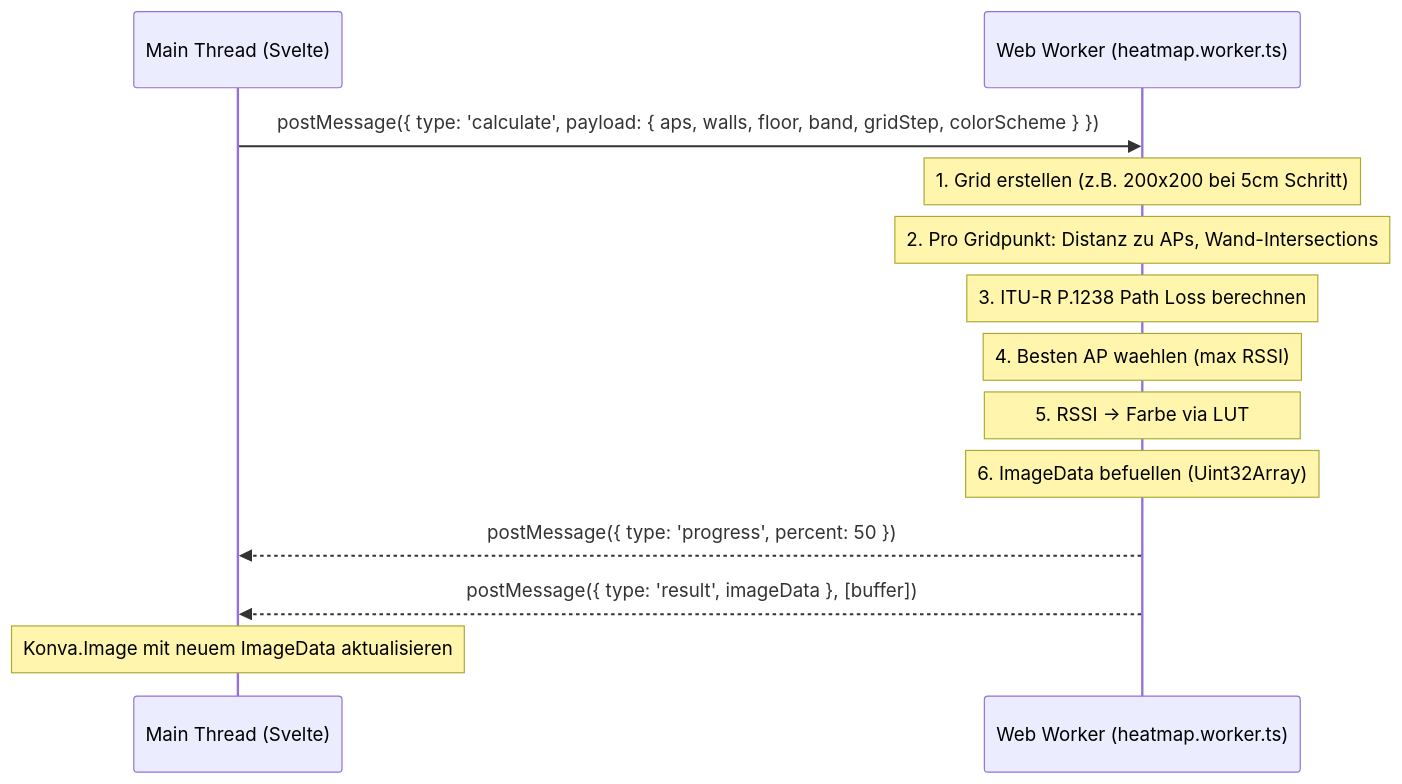
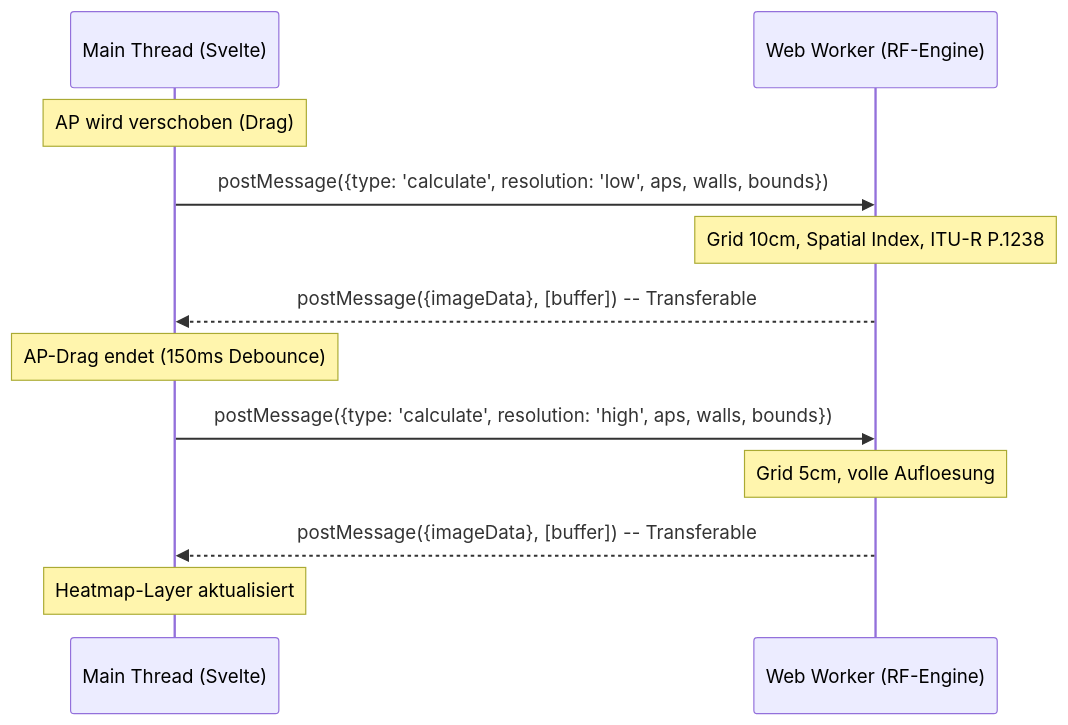
The fifth of 15 diagrams in docs/architecture/Architektur.md (8chM/wlan-optimizer), drawn with Mermaid before and after one commit. The commit also changed other lines of this file and 90 other files, not shown here.

````diff
--- a/docs/architecture/Architektur.md
+++ b/docs/architecture/Architektur.md
@@ -279,16 +335,17 @@
 ```mermaid
 sequenceDiagram
     participant UI as Main Thread (Svelte)
-    participant W as Web Worker (heatmap.worker.ts)
+    participant W as Web Worker (RF-Engine)
 
-    UI->>W: postMessage({ type: 'calculate', payload: { aps, walls, floor, band, gridStep, colorScheme } })
-    Note over W: 1. Grid erstellen (z.B. 200x200 bei 5cm Schritt)
-    Note over W: 2. Pro Gridpunkt: Distanz zu APs, Wand-Intersections
-    Note over W: 3. ITU-R P.1238 Path Loss berechnen
-    Note over W: 4. Besten AP waehlen (max RSSI)
-    Note over W: 5. RSSI -> Farbe via LUT
-    Note over W: 6. ImageData befuellen (Uint32Array)
-    W-->>UI: postMessage({ type: 'progress', percent: 50 })
-    W-->>UI: postMessage({ type: 'result', imageData }, [buffer])
-    Note over UI: Konva.Image mit neuem ImageData aktualisieren
+    Note over UI: AP wird verschoben (Drag)
+    UI->>W: postMessage({type: 'calculate', resolution: 'low', aps, walls, bounds})
+    Note over W: Grid 10cm, Spatial Index, ITU-R P.1238
+    W-->>UI: postMessage({imageData}, [buffer]) -- Transferable
+
+    Note over UI: AP-Drag endet (150ms Debounce)
+    UI->>W: postMessage({type: 'calculate', resolution: 'high', aps, walls, bounds})
+    Note over W: Grid 5cm, volle Aufloesung
+    W-->>UI: postMessage({imageData}, [buffer]) -- Transferable
+
+    Note over UI: Heatmap-Layer aktualisiert
 ```
````
